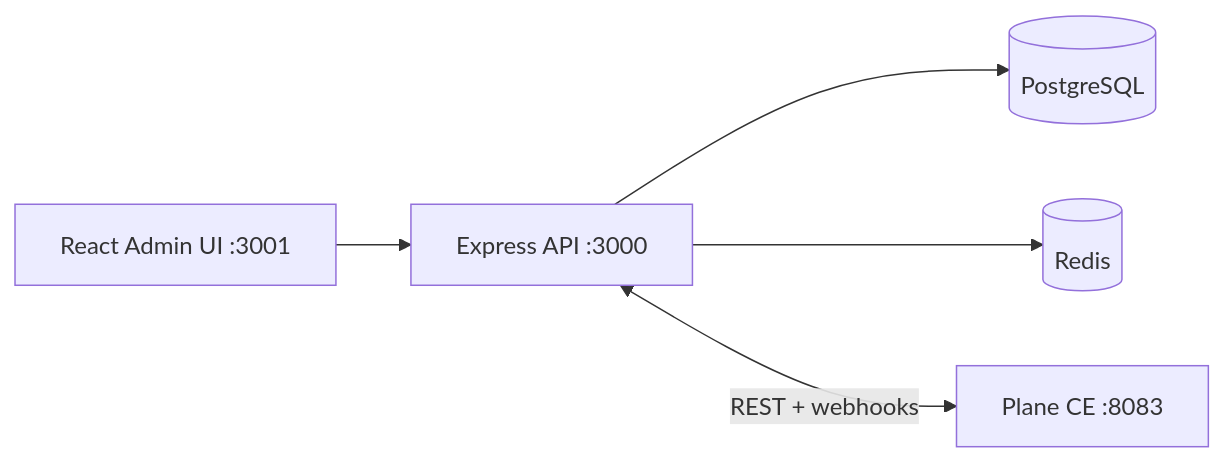
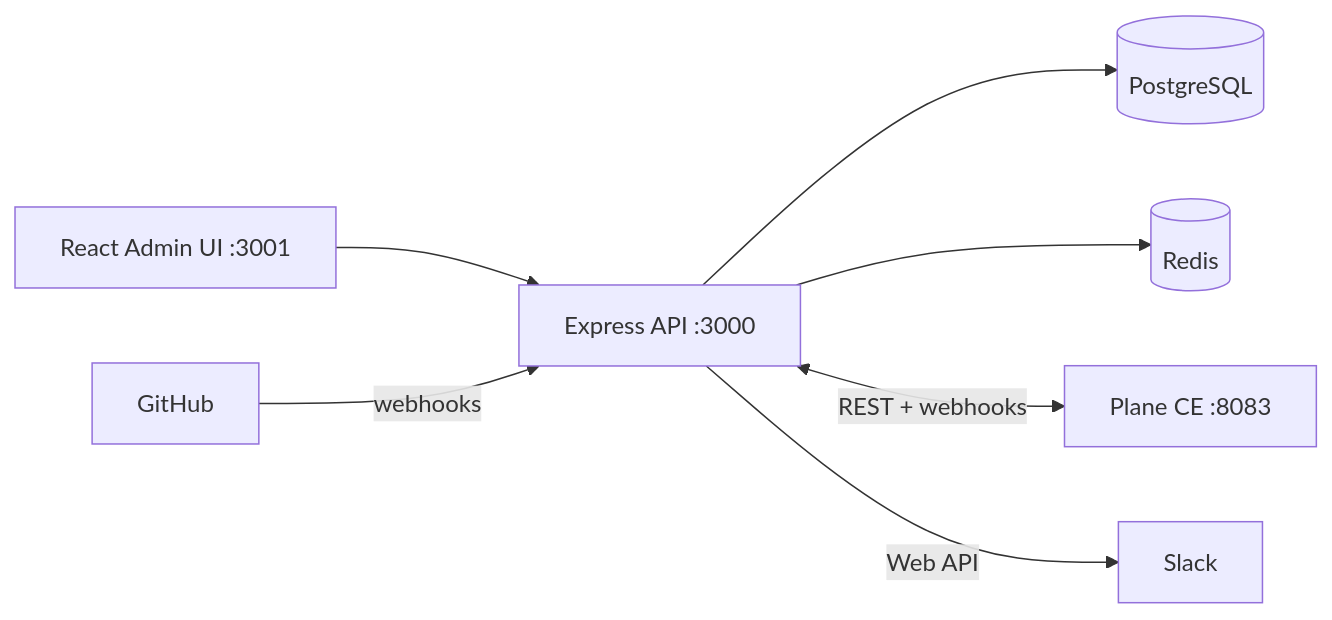
One commit to 1Touch-dev/claude-skill-agent changed the diagram in README.md. Above: the diagram before and after it, drawn with Mermaid. The commit also changed other lines of this file and 13 other files, not shown here.

First line of the commit message:
fix(integrations): Plane webhook SQL + docs for live GitHub/Slack hub

````diff
--- a/README.md
+++ b/README.md
@@ -37,12 +38,14 @@
 ```mermaid
 flowchart LR
   UI[React Admin UI :3001]
   API[Express API :3000]
   DB[(PostgreSQL)]
   RD[(Redis)]
   PM[Plane CE :8083]
   UI --> API
   API --> DB
   API --> RD
   API <-->|REST + webhooks| PM
+  GH[GitHub] -->|webhooks| API
+  API -->|Web API| SL[Slack]
 ```
````
